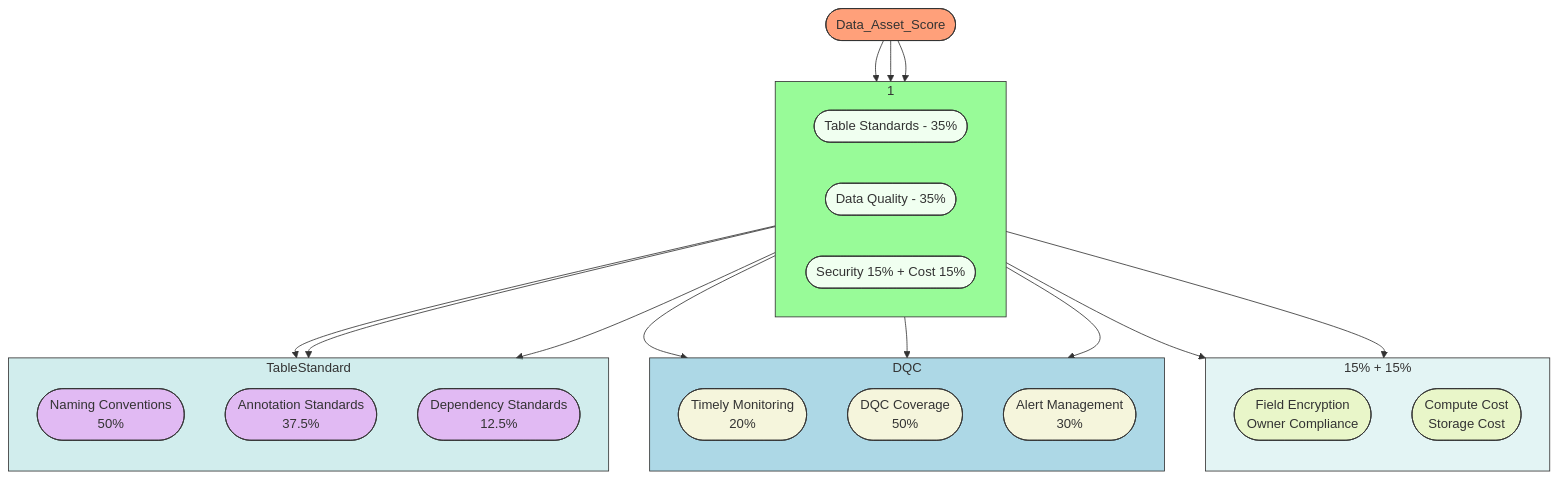
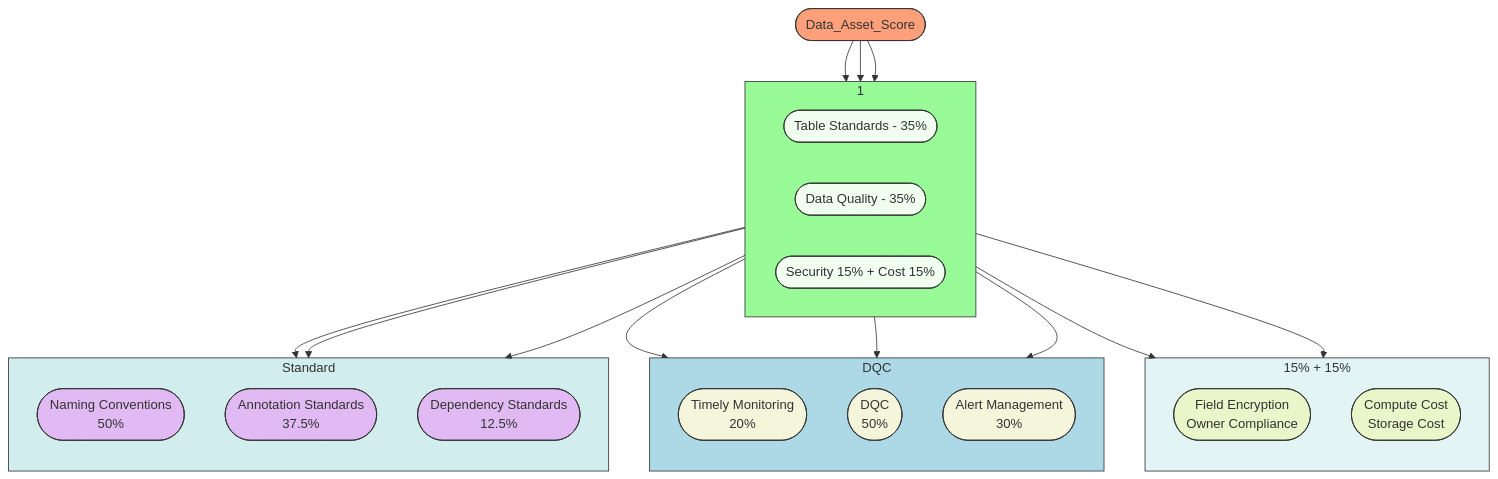
One commit to blaire101/data-warehouse-solutions changed the first of 3 diagrams in README.md. Above: the diagram before and after it, drawn with Mermaid.

````diff
--- a/README.md
+++ b/README.md
@@ -19,62 +19,62 @@
 ```mermaid
 flowchart TD
  subgraph SG_DataAssetScore["1"]
     direction LR
         DAS_A(["Table Standards - 35%"])
         DAS_B(["Data Quality - 35%"])
         DAS_C(["Security 15% + Cost 15%"])
   end
 
 
  subgraph DAS_SECO["15% + 15%"]
     direction TB
         SECO_A(["Field Encryption <br>Owner Compliance"])
         SECO_B(["Compute Cost <br>Storage Cost"])
  end
 
  subgraph DAS_DataQuality["DQC"]
     direction TB
         DQ_A(["Timely Monitoring <br> 20%"])
-        DQ_B(["DQC Coverage <br> 50%"])
+        DQ_B(["DQC <br> 50%"])
         DQ_C(["Alert Management <br> 30%"])
  end
 
 
- subgraph DAS_Standard["TableStandard"]
+ subgraph DAS_Standard["Standard"]
     direction TB
         ST_A(["Naming Conventions <br> 50%"])
         ST_B(["Annotation Standards <br> 37.5%"])
         ST_C(["Dependency Standards <br> 12.5%"])
  end
 
 
     DAS(["Data_Asset_Score"]) --> DAS_A & DAS_B & DAS_C
     DAS_A --> ST_A & ST_B & ST_C
     DAS_B --> DQ_A & DQ_B & DQ_C
     DAS_C --> SECO_A & SECO_B
 
     style ST_A fill:#F0FFF0,stroke:#333,stroke-width:2px %% Keep very pale green
     style DAS_A fill:#F0FFF0,stroke:#333,stroke-width:2px %% Keep very pale green
     style DAS_B fill:#F0FFF0,stroke:#333,stroke-width:2px %% Keep very pale green
     style DAS_C fill:#F0FFF0,stroke:#333,stroke-width:2px %% Keep very pale green
     style DQ_A fill:#F5F5DC,stroke:#333,stroke-width:2px %% Keep beige
     style DQ_B fill:#F5F5DC,stroke:#333,stroke-width:2px %% Keep beige
     style DQ_C fill:#F5F5DC,stroke:#333,stroke-width:2px %% Keep beige
     style ST_A fill:#F5F5,stroke:#333,stroke-width:1px %% Keep beige
     style ST_B fill:#F5F5,stroke:#333,stroke-width:1px %% Keep beige
     style ST_C fill:#F5F5,stroke:#333,stroke-width:1px %% Keep beige
     style SECO_A fill:#FF23,stroke:#333,stroke-width:2px %% Keep beige
     style SECO_B fill:#FF23,stroke:#333,stroke-width:2px %% Keep beige
     style DAS fill:#FFA07A,stroke:#333,stroke-width:2px %% Adjusted to comfortable orange-yellow
     style SG_DataAssetScore fill:#98FB98,stroke:#333,stroke-width:2px %% Changed to light green
     style DAS_Standard fill:#ADD8,stroke:#333,stroke-width:2px %% Changed to light blue
     style DAS_DataQuality fill:#ADD8E6,stroke:#333,stroke-width:2px %% Changed to light blue
     style DAS_SECO fill:#ADD5,stroke:#333,stroke-width:1px %% Changed to light blue
     linkStyle 0 stroke:#333,stroke-width:1px,fill:none
     linkStyle 1 stroke:#333,stroke-width:1px,fill:none
     linkStyle 2 stroke:#333,stroke-width:1px,fill:none
     linkStyle 3 stroke:#333,stroke-width:1px,color:#000,fill:none
     linkStyle 5 stroke:#333,stroke-width:1px,fill:none
     linkStyle 6 stroke:#333,stroke-width:1px,fill:none
     linkStyle 8 stroke:#333,stroke-width:1px,fill:none 
 ```
````
